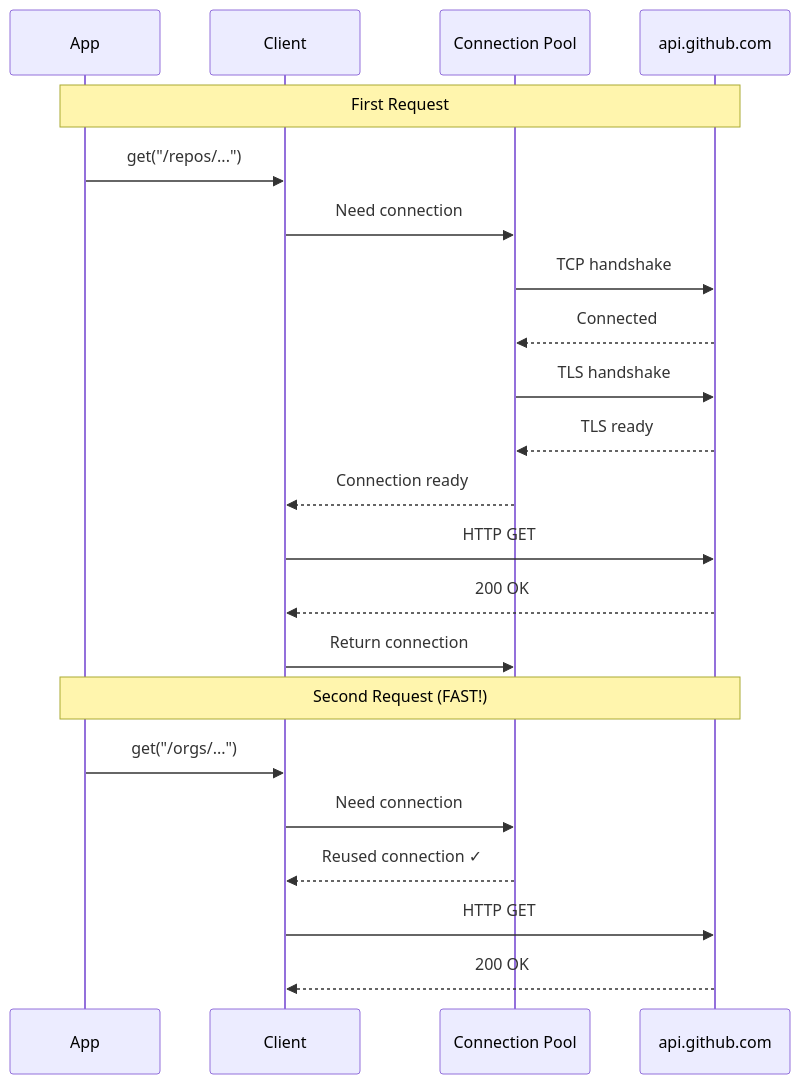
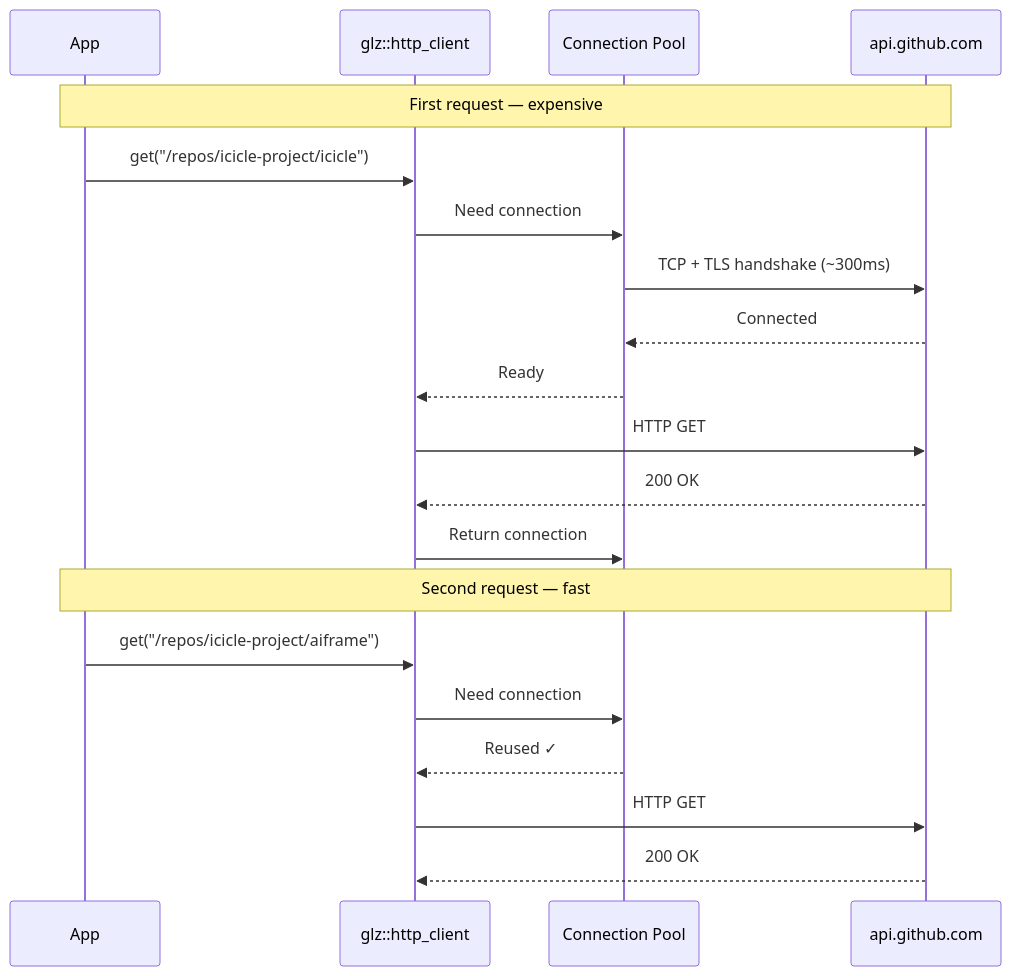
The second of 3 diagrams in docs/http-client-guide.md (guzman109/icicle-insights), drawn with Mermaid before and after one commit. The commit also changed other lines of this file and 31 other files, not shown here.

First line of the commit message:
Rename git module to github and add server middleware

````diff
--- a/docs/http-client-guide.md
+++ b/docs/http-client-guide.md
@@ -42,26 +46,24 @@
 ```mermaid
 sequenceDiagram
     participant App
-    participant Client
+    participant Client as glz::http_client
     participant Pool as Connection Pool
-    participant Server as api.github.com
+    participant GH as api.github.com
 
-    Note over App,Server: First Request
-    App->>Client: get("/repos/...")
+    Note over App,GH: First request — expensive
+    App->>Client: get("/repos/icicle-project/icicle")
     Client->>Pool: Need connection
-    Pool->>Server: TCP handshake
-    Server-->>Pool: Connected
-    Pool->>Server: TLS handshake
-    Server-->>Pool: TLS ready
-    Pool-->>Client: Connection ready
-    Client->>Server: HTTP GET
-    Server-->>Client: 200 OK
+    Pool->>GH: TCP + TLS handshake (~300ms)
+    GH-->>Pool: Connected
+    Pool-->>Client: Ready
+    Client->>GH: HTTP GET
+    GH-->>Client: 200 OK
     Client->>Pool: Return connection
 
-    Note over App,Server: Second Request (FAST!)
-    App->>Client: get("/orgs/...")
+    Note over App,GH: Second request — fast
+    App->>Client: get("/repos/icicle-project/aiframe")
     Client->>Pool: Need connection
-    Pool-->>Client: Reused connection ✓
-    Client->>Server: HTTP GET
-    Server-->>Client: 200 OK
+    Pool-->>Client: Reused ✓
+    Client->>GH: HTTP GET
+    GH-->>Client: 200 OK
 ```
````
